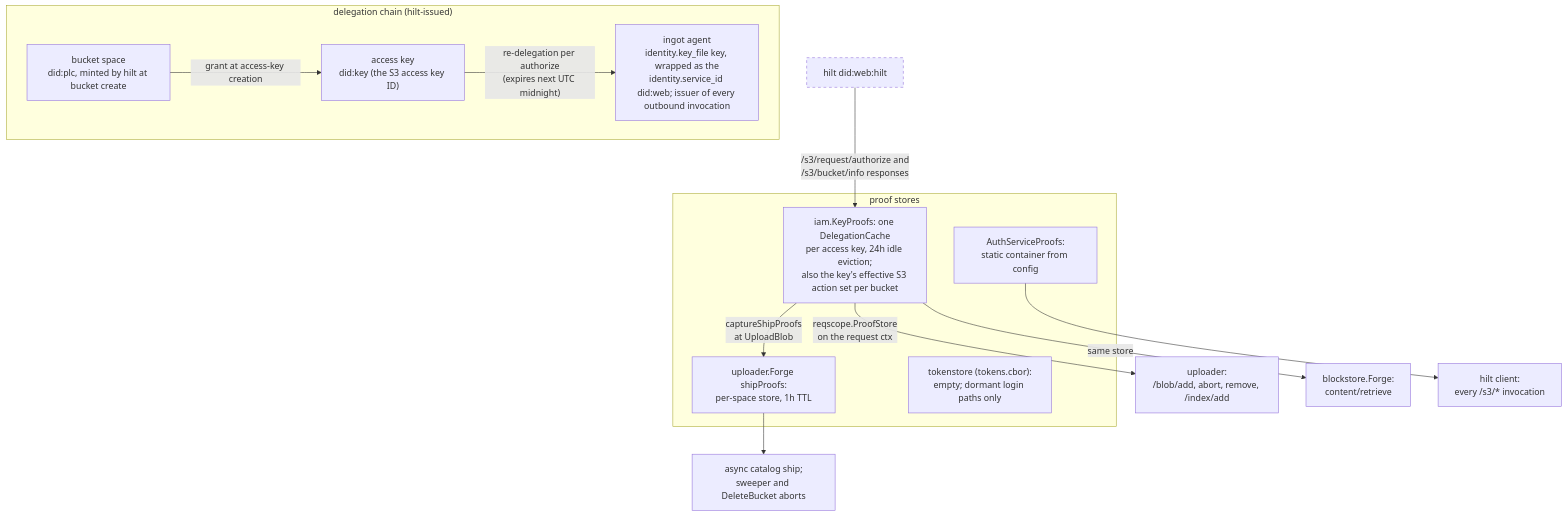
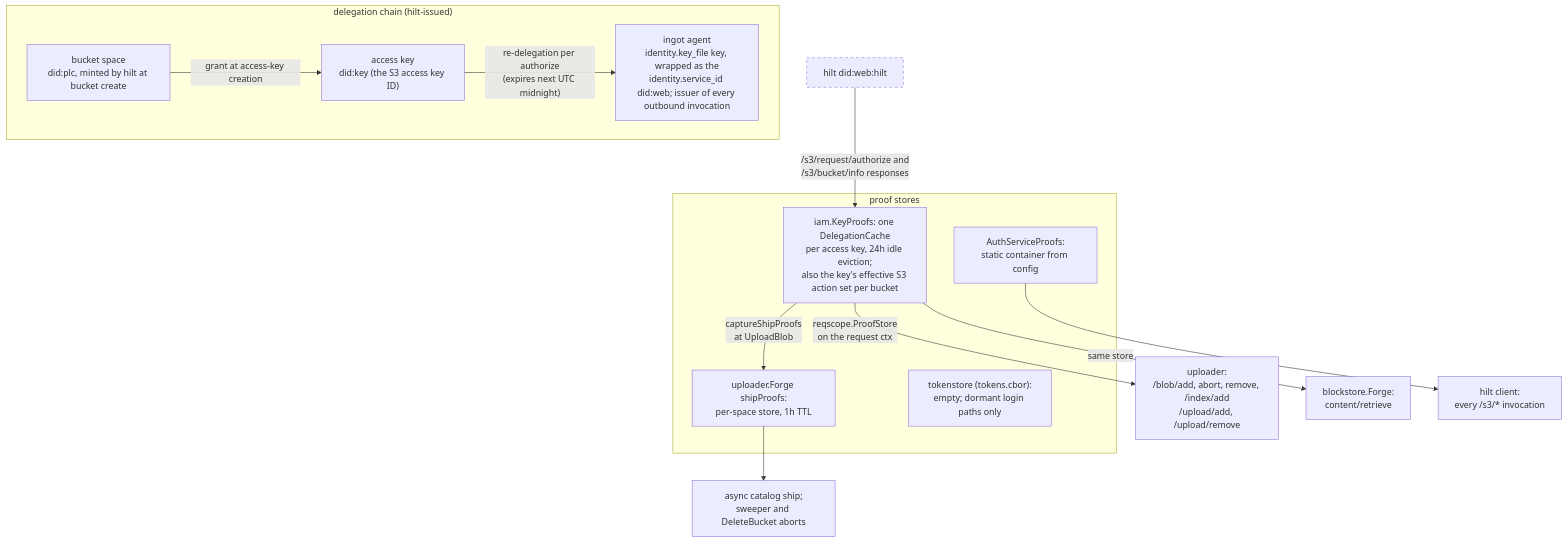
Diagram 11 of 14 in docs/diagrams.md (fil-forge/ingot), drawn with Mermaid before and after one commit. The commit also changed other lines of this file and 15 other files, not shown here.

````diff
--- a/docs/diagrams.md
+++ b/docs/diagrams.md
@@ -683,28 +691,28 @@
 ```mermaid
 flowchart TB
     subgraph chain["delegation chain (hilt-issued)"]
         space["bucket space<br/>did:plc, minted by hilt at bucket create"]
         ak["access key<br/>did:key (the S3 access key ID)"]
         agent["ingot agent<br/>identity.key_file key, wrapped as the<br/>identity.service_id did:web; issuer of every outbound invocation"]
         space -->|"grant at access-key creation"| ak
         ak -->|"re-delegation per authorize<br/>(expires next UTC midnight)"| agent
     end
 
     hilt["hilt did:web:hilt"] -->|"/s3/request/authorize and<br/>/s3/bucket/info responses"| kp
 
     subgraph stores["proof stores"]
         kp["iam.KeyProofs: one DelegationCache<br/>per access key, 24h idle eviction;<br/>also the key's effective S3 action set per bucket"]
         ship["uploader.Forge shipProofs:<br/>per-space store, 1h TTL"]
         static["AuthServiceProofs:<br/>static container from config"]
         tok["tokenstore (tokens.cbor):<br/>empty; dormant login paths only"]
     end
 
-    kp -->|"reqscope.ProofStore<br/>on the request ctx"| writes["uploader:<br/>/blob/add, abort, remove, /index/add"]
+    kp -->|"reqscope.ProofStore<br/>on the request ctx"| writes["uploader:<br/>/blob/add, abort, remove, /index/add<br/>/upload/add, /upload/remove"]
     kp -->|"same store"| reads["blockstore.Forge:<br/>content/retrieve"]
     kp -->|"captureShipProofs<br/>at UploadBlob"| ship
     ship --> async["async catalog ship;<br/>sweeper and DeleteBucket aborts"]
     static --> hc["hilt client:<br/>every /s3/* invocation"]
 
     classDef external stroke-dasharray: 5 5
     class hilt external
 ```
````
